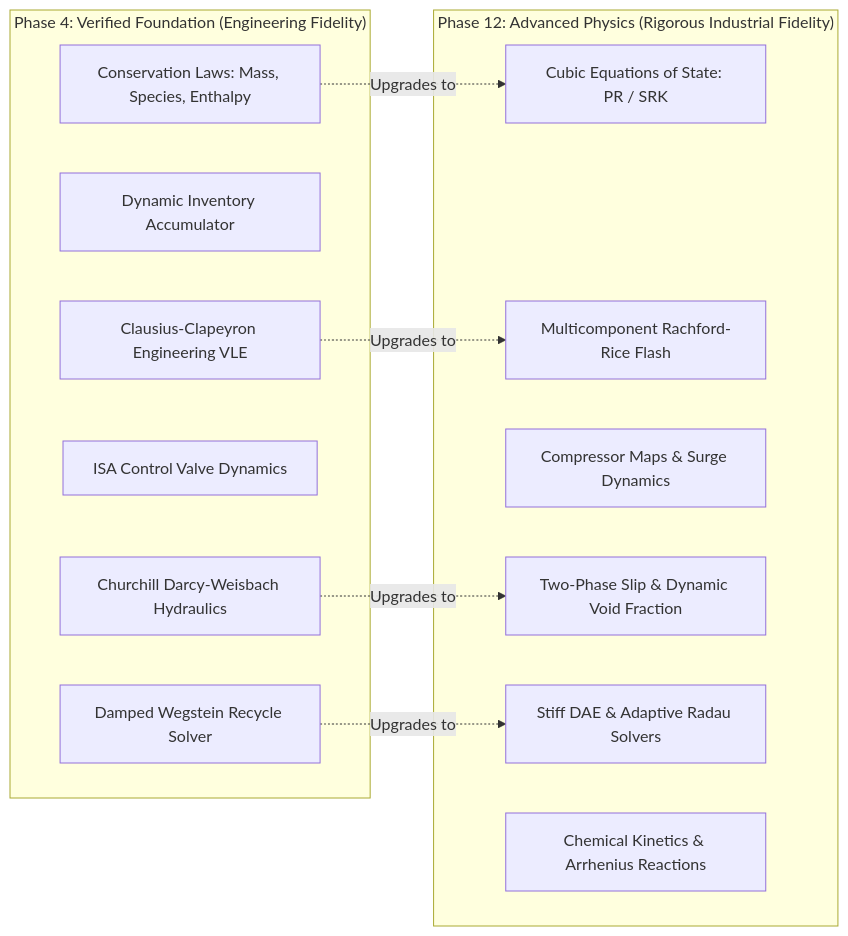
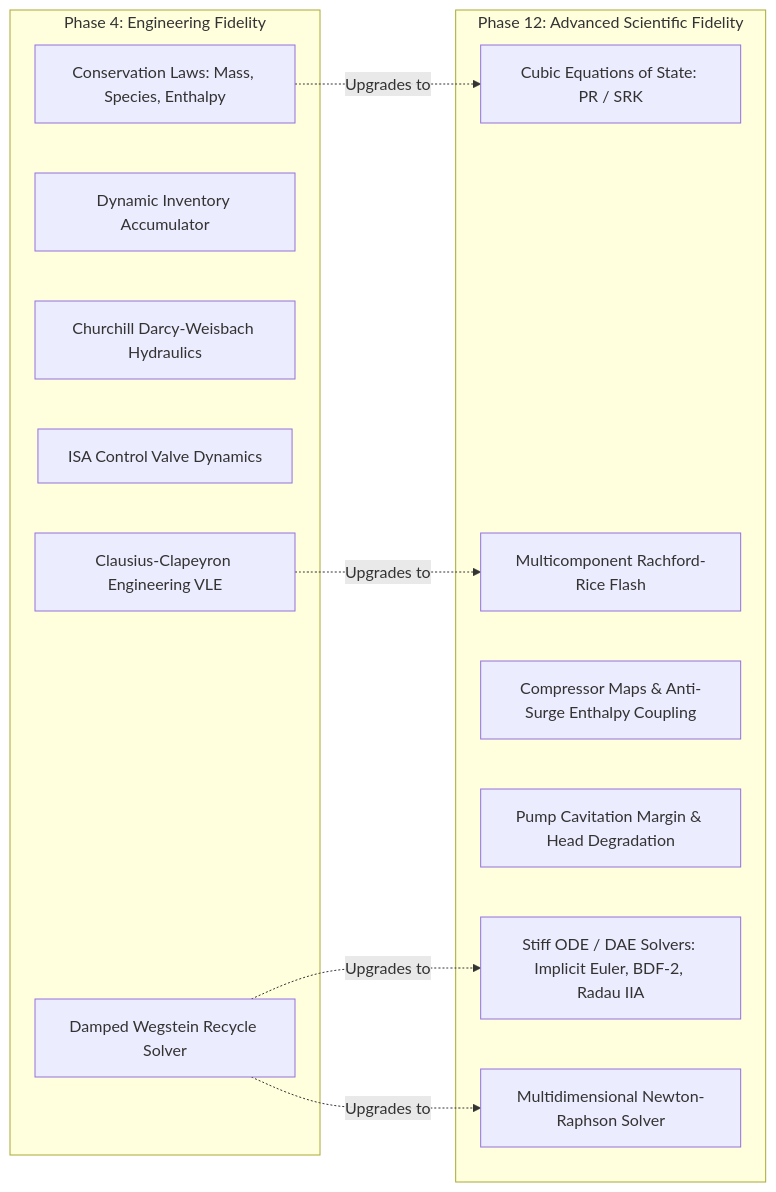
The diagram in docs/architecture/physics.md (kaivyy/nebudcs), drawn with Mermaid before and after one commit. The commit also changed other lines of this file and 1093 other files, not shown here.

````diff
--- a/docs/architecture/physics.md
+++ b/docs/architecture/physics.md
@@ -14,25 +14,25 @@
 ```mermaid
 graph LR
-    subgraph "Phase 4: Verified Foundation (Engineering Fidelity)"
+    subgraph "Phase 4: Engineering Fidelity"
         F1[Conservation Laws: Mass, Species, Enthalpy]
         F2[Dynamic Inventory Accumulator]
         F3[Churchill Darcy-Weisbach Hydraulics]
         F4[ISA Control Valve Dynamics]
         F5[Clausius-Clapeyron Engineering VLE]
         F6[Damped Wegstein Recycle Solver]
     end
 
-    subgraph "Phase 12: Advanced Physics (Rigorous Industrial Fidelity)"
+    subgraph "Phase 12: Advanced Scientific Fidelity"
         A1[Cubic Equations of State: PR / SRK]
         A2[Multicomponent Rachford-Rice Flash]
-        A3[Compressor Maps & Surge Dynamics]
-        A4[Two-Phase Slip & Dynamic Void Fraction]
-        A5[Stiff DAE & Adaptive Radau Solvers]
-        A6[Chemical Kinetics & Arrhenius Reactions]
+        A3[Compressor Maps & Anti-Surge Enthalpy Coupling]
+        A4[Pump Cavitation Margin & Head Degradation]
+        A5[Stiff ODE / DAE Solvers: Implicit Euler, BDF-2, Radau IIA]
+        A6[Multidimensional Newton-Raphson Solver]
     end
 
     F1 -. Upgrades to .-> A1
     F5 -. Upgrades to .-> A2
-    F3 -. Upgrades to .-> A4
     F6 -. Upgrades to .-> A5
+    F6 -. Upgrades to .-> A6
 ```
````
